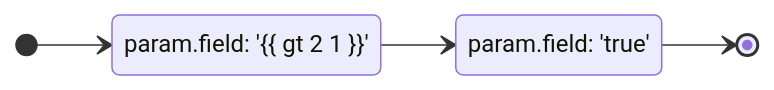
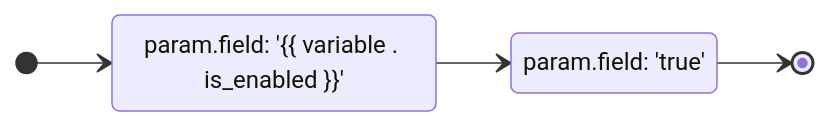
Before and after one commit to crowleyfelix/go-pipeline: the third of 3 diagrams in README.md, drawn with Mermaid. The commit also changed other lines of this file and 15 other files, not shown here.

````diff
--- a/README.md
+++ b/README.md
@@ -43,9 +43,9 @@
 ```mermaid
 stateDiagram
     direction LR
-    state "param.field: '{{ gt 2 1 }}'" as field1
+    state "param.field: '{{ variable . is_enabled }}'" as field1
     state "param.field: 'true'" as field2
     [*] --> field1
     field1 --> field2
     field2 --> [*]
 ```
````
